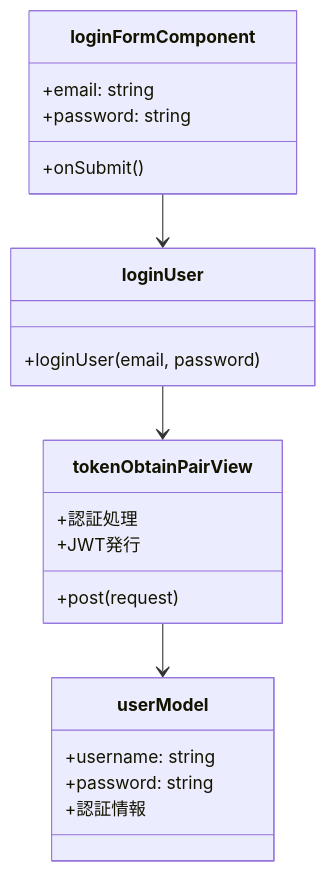
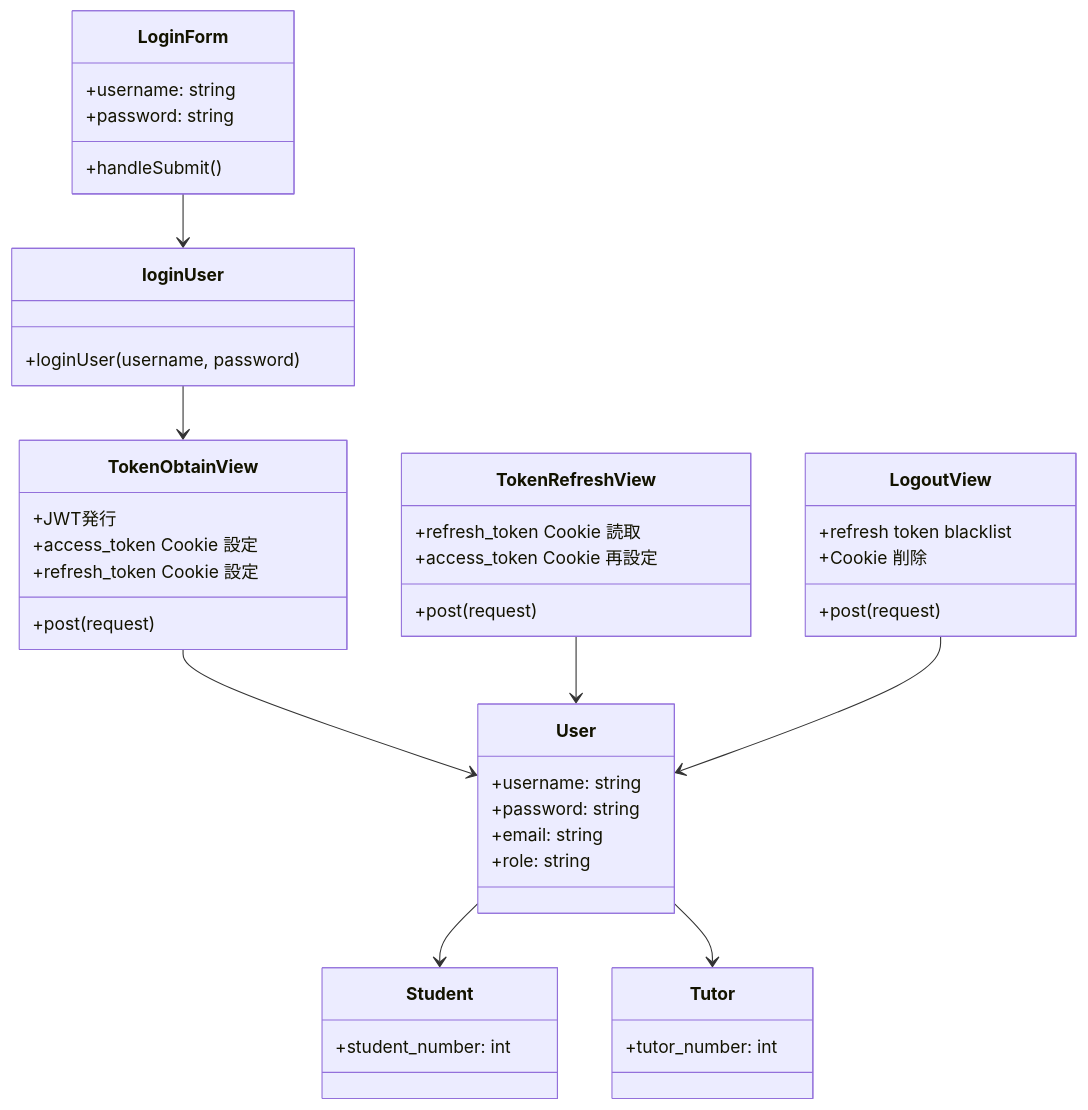
One commit to Saaka-y/korup changed the diagram in docs/login/class.md. Above: the diagram before and after it, drawn with Mermaid. The commit also changed other lines of this file and 9 other files, not shown here.

````diff
--- a/docs/login/class.md
+++ b/docs/login/class.md
@@ -3,28 +3,54 @@
 ```mermaid
 classDiagram
-    class loginFormComponent {
-        +email: string
-        +password: string
-        +onSubmit()
-    }
-    class loginUser {
-        +loginUser(email, password)
-    }
-    class tokenObtainPairView {
-        +post(request)
-        +認証処理
-        +JWT発行
-    }
-    class userModel {
+    class LoginForm {
         +username: string
         +password: string
-        +認証情報
+        +handleSubmit()
     }
-    loginFormComponent --> loginUser
-    loginUser --> tokenObtainPairView
-    tokenObtainPairView --> userModel
-    %% loginFormComponent: React関数コンポーネント
-    %% loginUser: API管理用関数
-    %% tokenObtainPairView: Django REST SimpleJWT
-    %% userModel: Django認証ユーザーモデル
+
+    class loginUser {
+        +loginUser(username, password)
+    }
+
+    class TokenObtainView {
+        +post(request)
+        +JWT発行
+        +access_token Cookie 設定
+        +refresh_token Cookie 設定
+    }
+
+    class TokenRefreshView {
+        +post(request)
+        +refresh_token Cookie 読取
+        +access_token Cookie 再設定
+    }
+
+    class LogoutView {
+        +post(request)
+        +refresh token blacklist
+        +Cookie 削除
+    }
+
+    class User {
+        +username: string
+        +password: string
+        +email: string
+        +role: string
+    }
+
+    class Student {
+        +student_number: int
+    }
+
+    class Tutor {
+        +tutor_number: int
+    }
+
+    LoginForm --> loginUser
+    loginUser --> TokenObtainView
+    TokenObtainView --> User
+    TokenRefreshView --> User
+    LogoutView --> User
+    User --> Student
+    User --> Tutor
 ```
````
